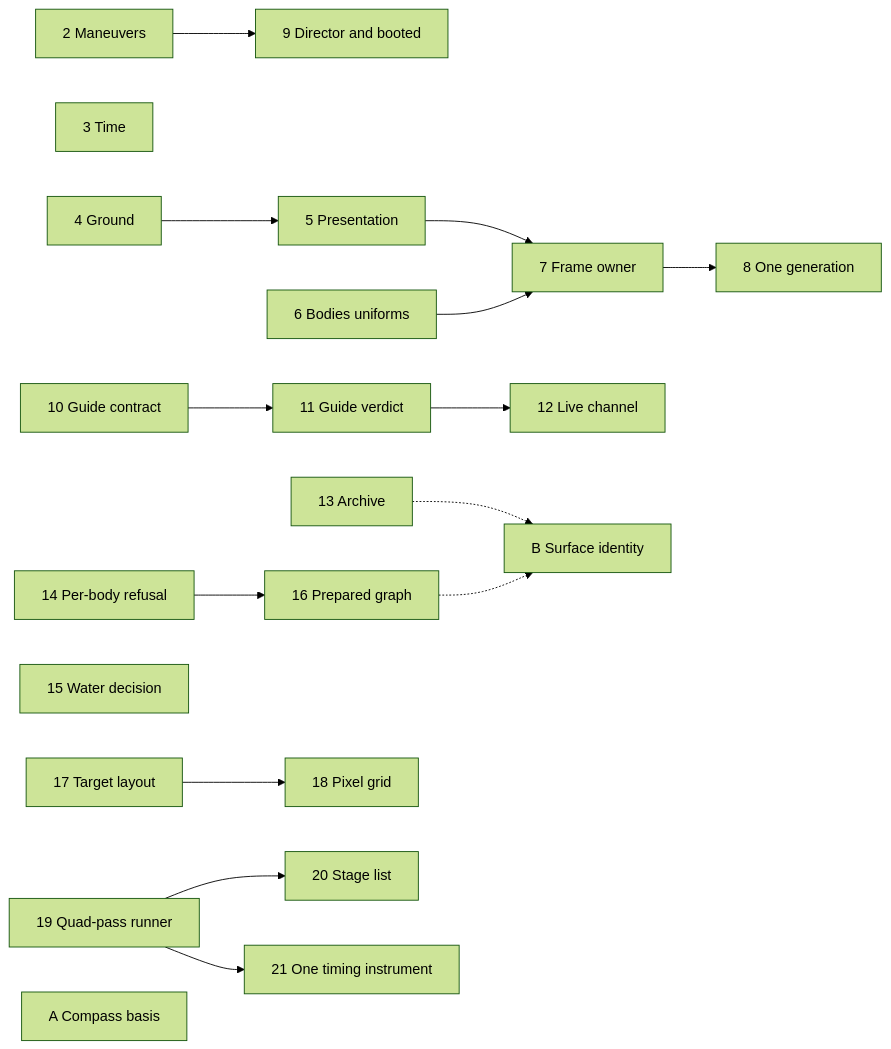
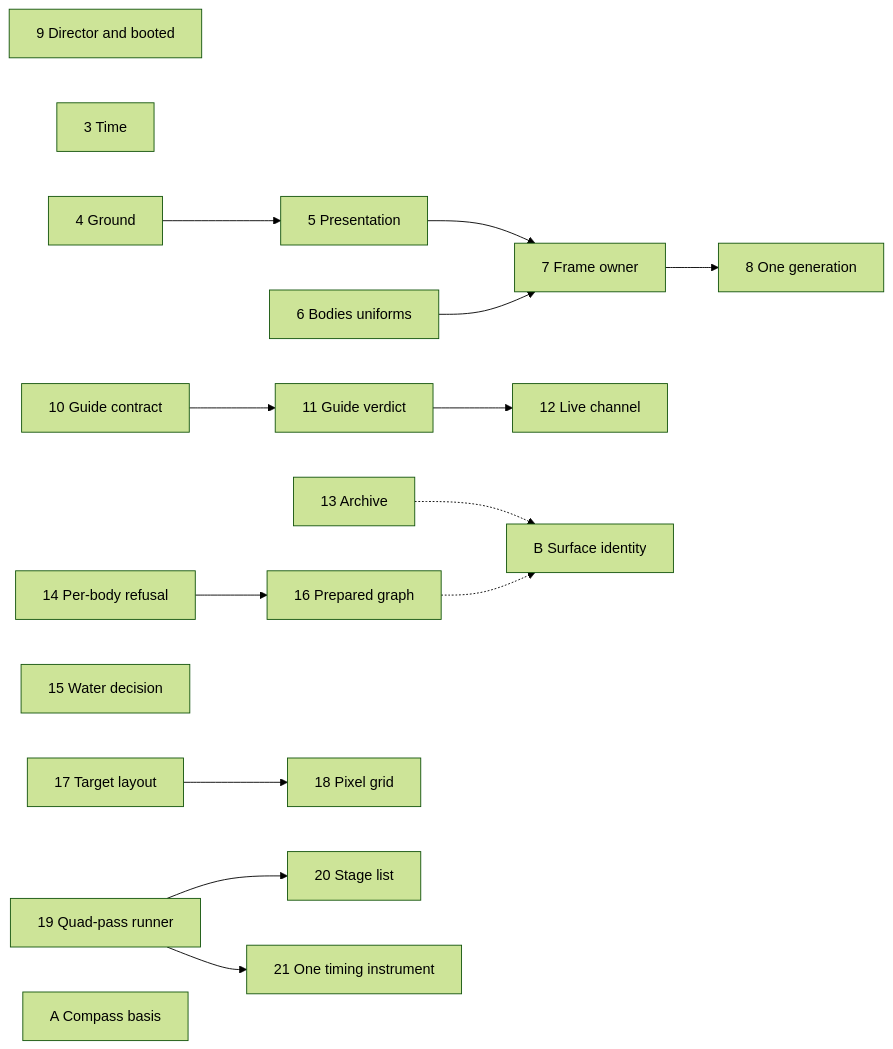
The diagram in design/plans/arch-review.md (jonjaques/inertialref), drawn with Mermaid (forest theme) before and after one commit. The commit also changed other lines of this file and 24 other files, not shown here.

````diff
--- a/design/plans/arch-review.md
+++ b/design/plans/arch-review.md
@@ -70,19 +70,19 @@
 ```mermaid
 flowchart LR
-  P2[2 Maneuvers] --> P9[9 Director and booted]
+  P9[9 Director and booted]
   P3[3 Time]
   P4[4 Ground] --> P5[5 Presentation]
   P5 --> P7[7 Frame owner]
   P6[6 Bodies uniforms] --> P7
   P7 --> P8[8 One generation]
   P10[10 Guide contract] --> P11[11 Guide verdict] --> P12[12 Live channel]
   P13[13 Archive]
   P14[14 Per-body refusal] --> P16[16 Prepared graph]
   P15[15 Water decision]
   P17[17 Target layout] --> P18[18 Pixel grid]
   P19[19 Quad-pass runner] --> P20[20 Stage list]
   P19 --> P21[21 One timing instrument]
   A[A Compass basis]
   P13 -.-> B[B Surface identity]
   P16 -.-> B
 ```
````
